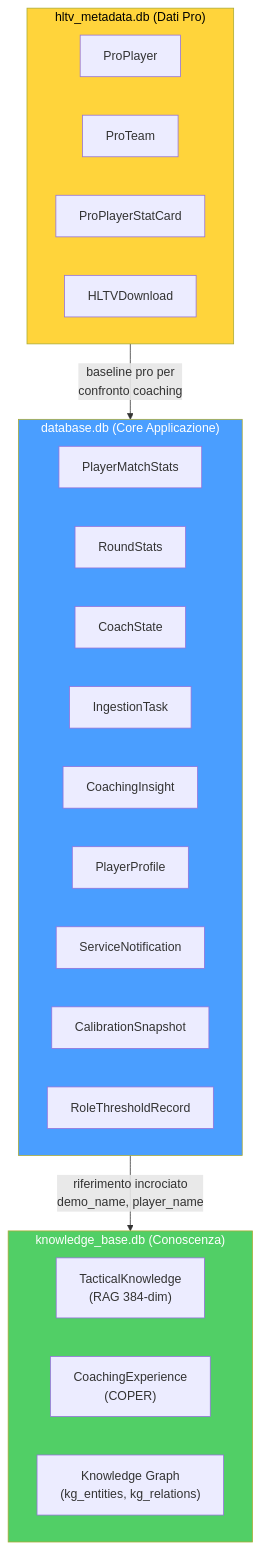
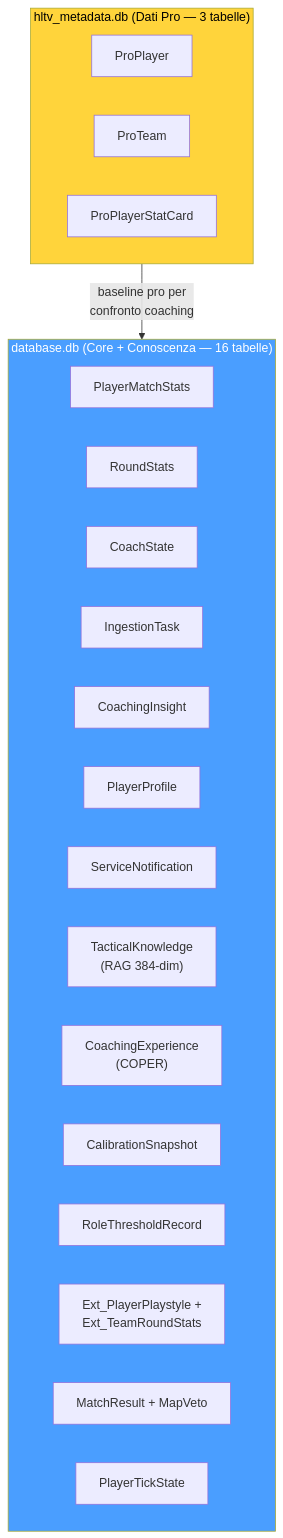
The first of 55 diagrams in docs/Book-Coach-3.md (renanaugustomacena-ux/Counter-Strike-coach-AI), drawn with Mermaid before and after one commit. The commit also changed other lines of this file, not shown here.

````diff
--- a/docs/Book-Coach-3.md
+++ b/docs/Book-Coach-3.md
@@ -11,30 +10,27 @@
 ```mermaid
 flowchart TB
-    subgraph DB1["database.db (Core Applicazione)"]
+    subgraph DB1["database.db (Core + Conoscenza — 16 tabelle)"]
         PMS_DB["PlayerMatchStats"]
         RS_DB["RoundStats"]
         CS_DB["CoachState"]
         IT_DB["IngestionTask"]
         CI_DB["CoachingInsight"]
         PP_DB["PlayerProfile"]
         SN_DB["ServiceNotification"]
+        TK_DB["TacticalKnowledge<br/>(RAG 384-dim)"]
+        CE_DB["CoachingExperience<br/>(COPER)"]
         CALIB["CalibrationSnapshot"]
         ROLE_TH["RoleThresholdRecord"]
+        EXT_DB["Ext_PlayerPlaystyle +<br/>Ext_TeamRoundStats"]
+        MATCH_DB["MatchResult + MapVeto"]
+        PTS_DB["PlayerTickState"]
     end
-    subgraph DB2["knowledge_base.db (Conoscenza)"]
-        TK_DB["TacticalKnowledge<br/>(RAG 384-dim)"]
-        CE_DB["CoachingExperience<br/>(COPER)"]
-        KG_DB["Knowledge Graph<br/>(kg_entities, kg_relations)"]
-    end
-    subgraph DB3["hltv_metadata.db (Dati Pro)"]
+    subgraph DB2["hltv_metadata.db (Dati Pro — 3 tabelle)"]
         PRO_DB["ProPlayer"]
         TEAM_DB["ProTeam"]
         STAT_DB["ProPlayerStatCard"]
-        DL_DB["HLTVDownload"]
     end
-    DB1 -->|"riferimento incrociato<br/>demo_name, player_name"| DB2
-    DB3 -->|"baseline pro per<br/>confronto coaching"| DB1
+    DB2 -->|"baseline pro per<br/>confronto coaching"| DB1
     style DB1 fill:#4a9eff,color:#fff
-    style DB2 fill:#51cf66,color:#fff
-    style DB3 fill:#ffd43b,color:#000
+    style DB2 fill:#ffd43b,color:#000
 ```
````
